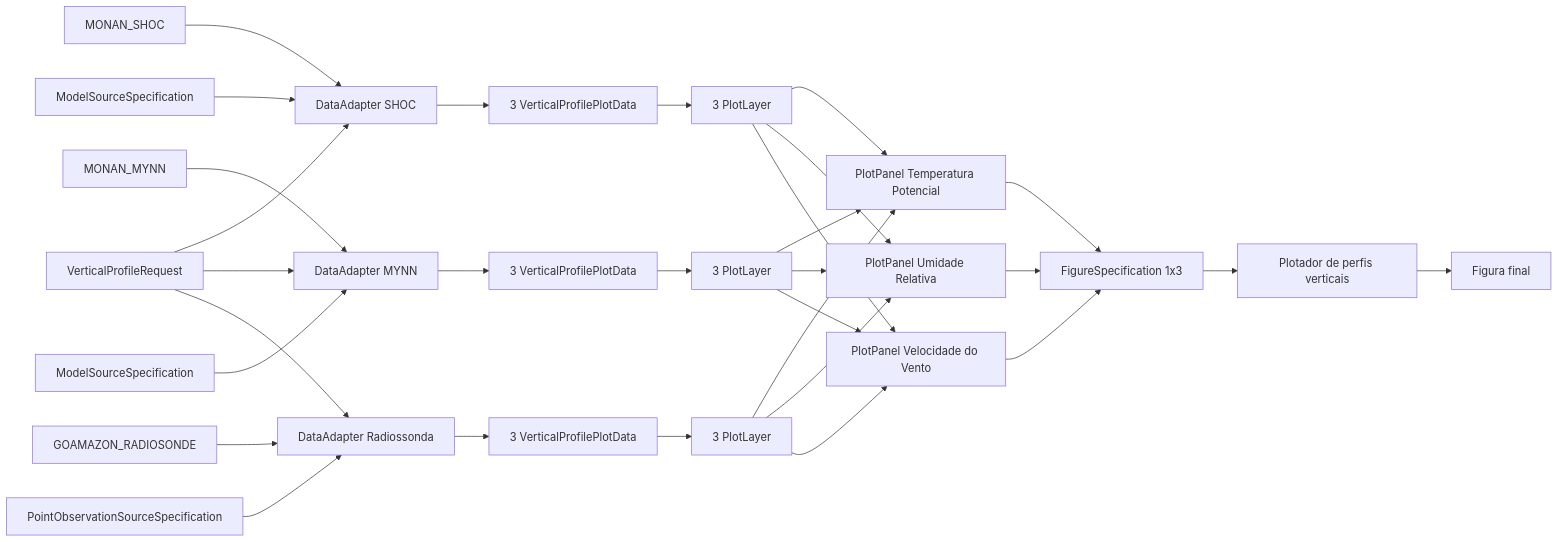
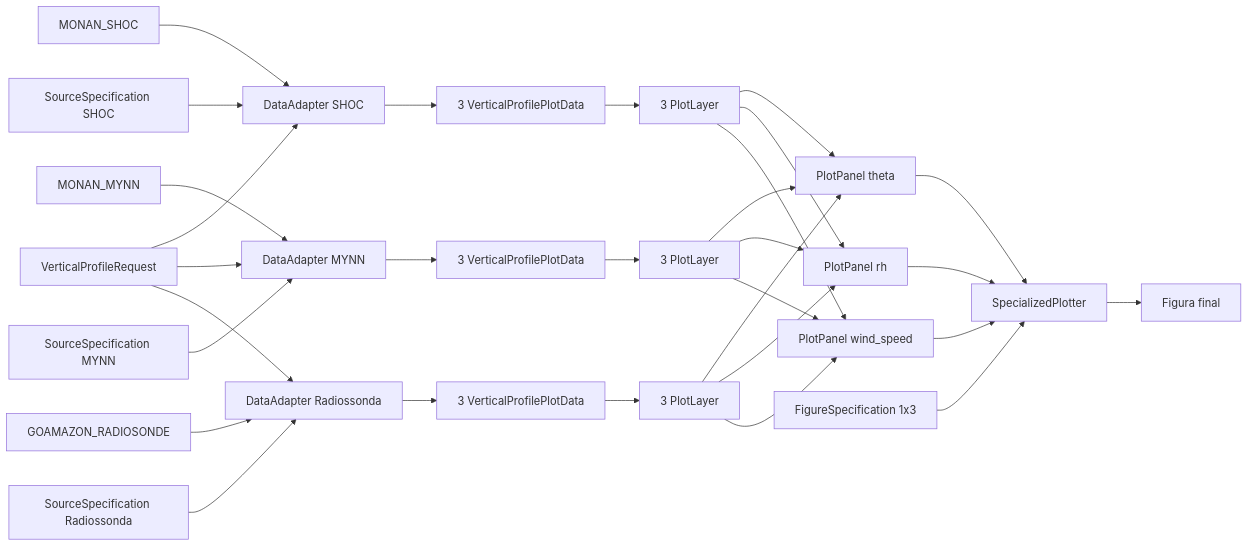
The first of 2 diagrams in docs/c4/plot-core/03g-exemplos.md (farachegt/visualize_thesis), drawn with Mermaid before and after one commit. The commit also changed other lines of this file and 12 other files, not shown here.

````diff
--- a/docs/c4/plot-core/03g-exemplos.md
+++ b/docs/c4/plot-core/03g-exemplos.md
@@ -208,45 +217,44 @@
 ```mermaid
 flowchart LR
     A1[MONAN_SHOC] --> B1[DataAdapter SHOC]
     A2[MONAN_MYNN] --> B2[DataAdapter MYNN]
     A3[GOAMAZON_RADIOSONDE] --> B3[DataAdapter Radiossonda]
 
     R[VerticalProfileRequest]
-    S1[ModelSourceSpecification]
-    S2[ModelSourceSpecification]
-    S3[PointObservationSourceSpecification]
+    S1[SourceSpecification SHOC]
+    S2[SourceSpecification MYNN]
+    S3[SourceSpecification Radiossonda]
 
     R --> B1
     R --> B2
     R --> B3
     S1 --> B1
     S2 --> B2
     S3 --> B3
 
     B1 --> C1[3 VerticalProfilePlotData]
     B2 --> C2[3 VerticalProfilePlotData]
     B3 --> C3[3 VerticalProfilePlotData]
 
     C1 --> D1[3 PlotLayer]
     C2 --> D2[3 PlotLayer]
     C3 --> D3[3 PlotLayer]
 
-    D1 --> P1[PlotPanel Temperatura Potencial]
+    D1 --> P1[PlotPanel theta]
     D2 --> P1
     D3 --> P1
 
-    D1 --> P2[PlotPanel Umidade Relativa]
+    D1 --> P2[PlotPanel rh]
     D2 --> P2
     D3 --> P2
 
-    D1 --> P3[PlotPanel Velocidade do Vento]
+    D1 --> P3[PlotPanel wind_speed]
     D2 --> P3
     D3 --> P3
 
-    P1 --> F[FigureSpecification 1x3]
-    P2 --> F
-    P3 --> F
-
-    F --> G[Plotador de perfis verticais]
+    P1 --> G[SpecializedPlotter]
+    P2 --> G
+    P3 --> G
+    F[FigureSpecification 1x3] --> G
     G --> H[Figura final]
 ```
````
